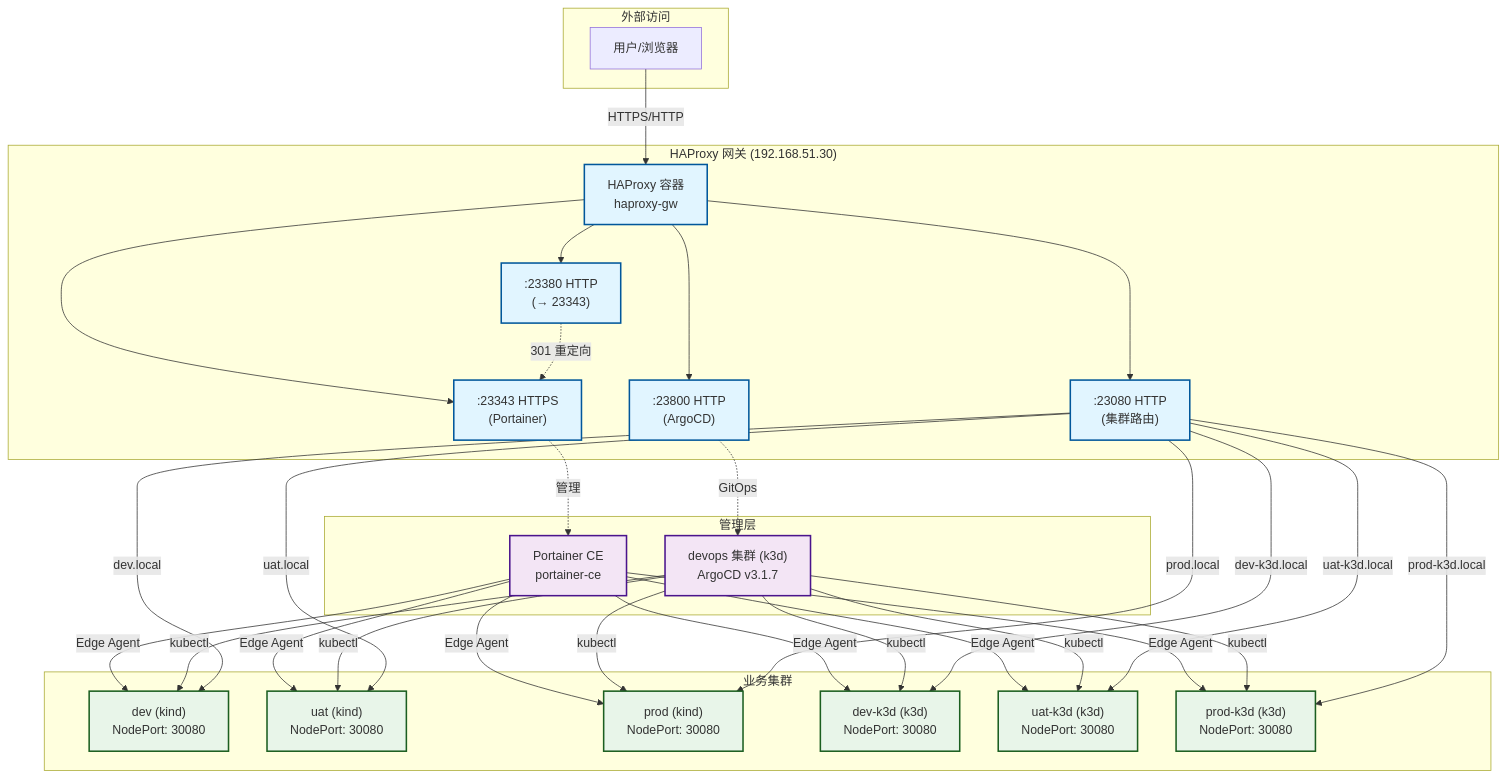
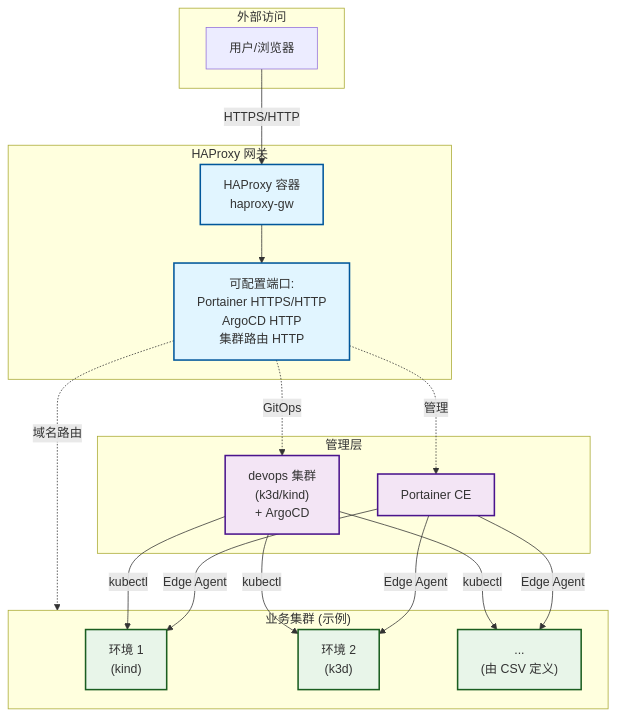
One commit to HofmannHe/Kindler changed the first of 2 diagrams in README_CN.md. Above: the diagram before and after it, drawn with Mermaid. The commit also changed other lines of this file and 1 other file, not shown here.

First line of the commit message:
docs: 优化架构图和配置说明的可配置性描述

````diff
--- a/README_CN.md
+++ b/README_CN.md
@@ -21,67 +23,44 @@
 ```mermaid
 graph TB
     subgraph External["外部访问"]
         USER[用户/浏览器]
     end
 
-    subgraph Gateway["HAProxy 网关 (192.168.51.30)"]
+    subgraph Gateway["HAProxy 网关"]
         HAP[HAProxy 容器<br/>haproxy-gw]
-        P23343[":23343 HTTPS<br/>(Portainer)"]
-        P23380[":23380 HTTP<br/>(→ 23343)"]
-        P23800[":23800 HTTP<br/>(ArgoCD)"]
-        P23080[":23080 HTTP<br/>(集群路由)"]
+        PORTS["可配置端口:<br/>Portainer HTTPS/HTTP<br/>ArgoCD HTTP<br/>集群路由 HTTP"]
     end
 
     subgraph Management["管理层"]
-        PORT[Portainer CE<br/>portainer-ce]
-        DEVOPS["devops 集群 (k3d)<br/>ArgoCD v3.1.7"]
+        PORT[Portainer CE]
+        DEVOPS["devops 集群<br/>(k3d/kind)<br/>+ ArgoCD"]
     end
 
-    subgraph Business["业务集群"]
-        DEV["dev (kind)<br/>NodePort: 30080"]
-        UAT["uat (kind)<br/>NodePort: 30080"]
-        PROD["prod (kind)<br/>NodePort: 30080"]
-        DEVK3D["dev-k3d (k3d)<br/>NodePort: 30080"]
-        UATK3D["uat-k3d (k3d)<br/>NodePort: 30080"]
-        PRODK3D["prod-k3d (k3d)<br/>NodePort: 30080"]
+    subgraph Business["业务集群 (示例)"]
+        ENV1["环境 1<br/>(kind)"]
+        ENV2["环境 2<br/>(k3d)"]
+        ENVN["...<br/>(由 CSV 定义)"]
     end
 
     USER -->|HTTPS/HTTP| HAP
-    HAP --> P23343
-    HAP --> P23380
-    HAP --> P23800
-    HAP --> P23080
+    HAP --> PORTS
+    PORTS -.->|管理| PORT
+    PORTS -.->|GitOps| DEVOPS
+    PORTS -.->|域名路由| Business
 
-    P23343 -.->|管理| PORT
-    P23380 -.->|301 重定向| P23343
-    P23800 -.->|GitOps| DEVOPS
+    PORT -->|Edge Agent| ENV1
+    PORT -->|Edge Agent| ENV2
+    PORT -->|Edge Agent| ENVN
 
-    PORT -->|Edge Agent| DEV
-    PORT -->|Edge Agent| UAT
-    PORT -->|Edge Agent| PROD
-    PORT -->|Edge Agent| DEVK3D
-    PORT -->|Edge Agent| UATK3D
-    PORT -->|Edge Agent| PRODK3D
-
-    DEVOPS -->|kubectl| DEV
-    DEVOPS -->|kubectl| UAT
-    DEVOPS -->|kubectl| PROD
-    DEVOPS -->|kubectl| DEVK3D
-    DEVOPS -->|kubectl| UATK3D
-    DEVOPS -->|kubectl| PRODK3D
-
-    P23080 -->|dev.local| DEV
-    P23080 -->|uat.local| UAT
-    P23080 -->|prod.local| PROD
-    P23080 -->|dev-k3d.local| DEVK3D
-    P23080 -->|uat-k3d.local| UATK3D
-    P23080 -->|prod-k3d.local| PRODK3D
+    DEVOPS -->|kubectl| ENV1
+    DEVOPS -->|kubectl| ENV2
+    DEVOPS -->|kubectl| ENVN
 
     classDef gateway fill:#e1f5ff,stroke:#01579b,stroke-width:2px
     classDef management fill:#f3e5f5,stroke:#4a148c,stroke-width:2px
     classDef business fill:#e8f5e9,stroke:#1b5e20,stroke-width:2px
 
-    class HAP,P23343,P23380,P23800,P23080 gateway
+    class HAP,PORTS gateway
     class PORT,DEVOPS management
-    class DEV,UAT,PROD,DEVK3D,UATK3D,PRODK3D business
+    class ENV1,ENV2,ENVN business
 ```
````
